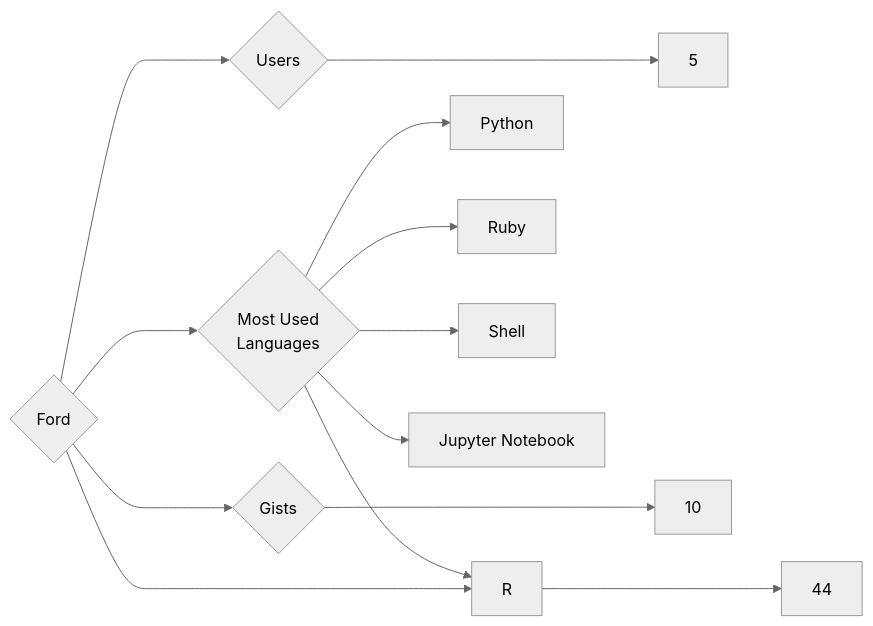
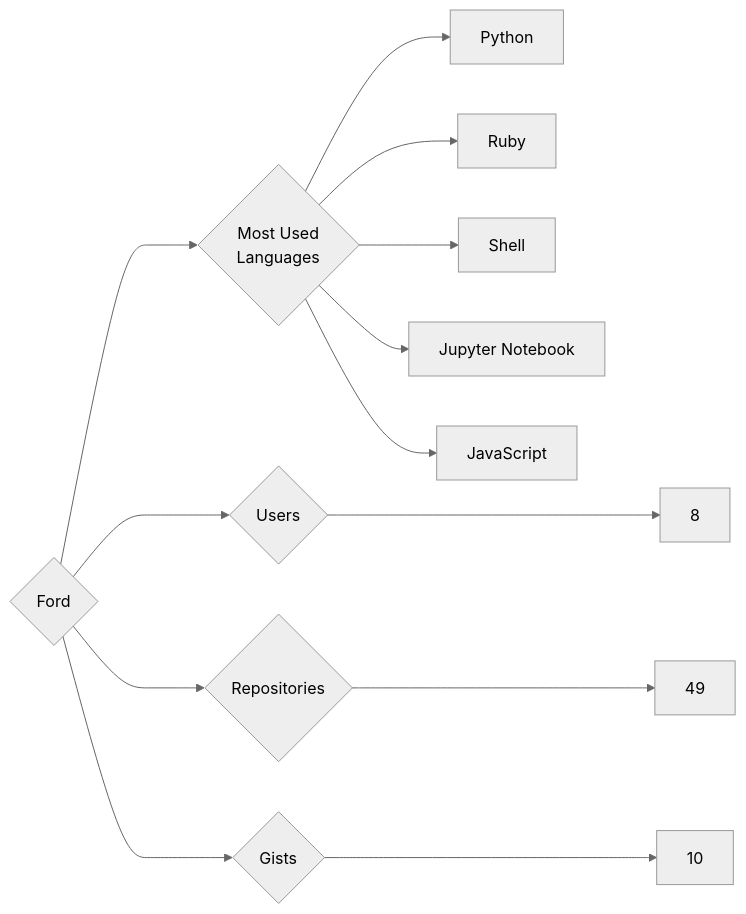
Before and after one commit to trickest/insiders: the diagram in targets/Ford/README.md, drawn with Mermaid (neutral theme). The commit also changed 553 other files, not shown here.

````diff
--- a/targets/Ford/README.md
+++ b/targets/Ford/README.md
@@ -3,13 +3,13 @@
 ```mermaid
 graph LR
 COMPANY_NAME{Ford}
-COMPANY_NAME ---> U{Users} ---> UN[5]
-COMPANY_NAME ---> R{Repositories} ---> RN[44]
+COMPANY_NAME ---> U{Users} ---> UN[8]
+COMPANY_NAME ---> R{Repositories} ---> RN[49]
 COMPANY_NAME ---> G{Gists} ---> GN[10]
 COMPANY_NAME ---> ML{Most Used<br>Languages}
 ML --> Python[Python]
 ML --> Ruby[Ruby]
 ML --> Shell[Shell]
-ML --> R[R]
 ML --> Jupyter_Notebook[Jupyter Notebook]
+ML --> JavaScript[JavaScript]
 ```
````
